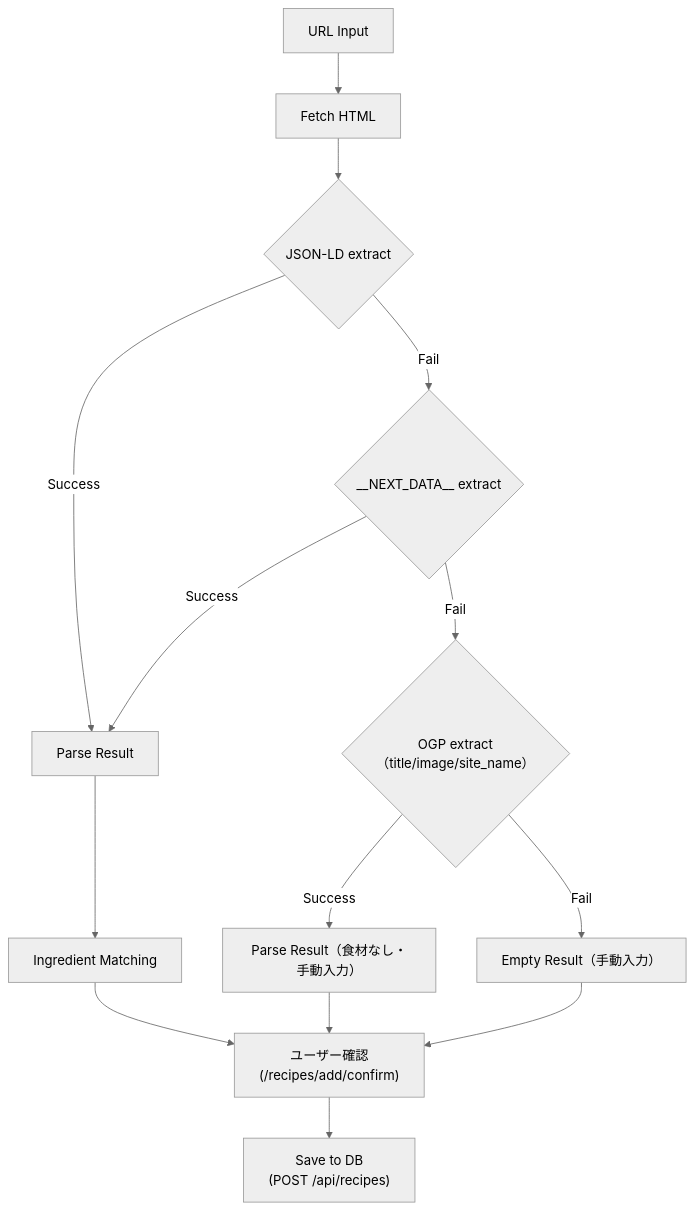
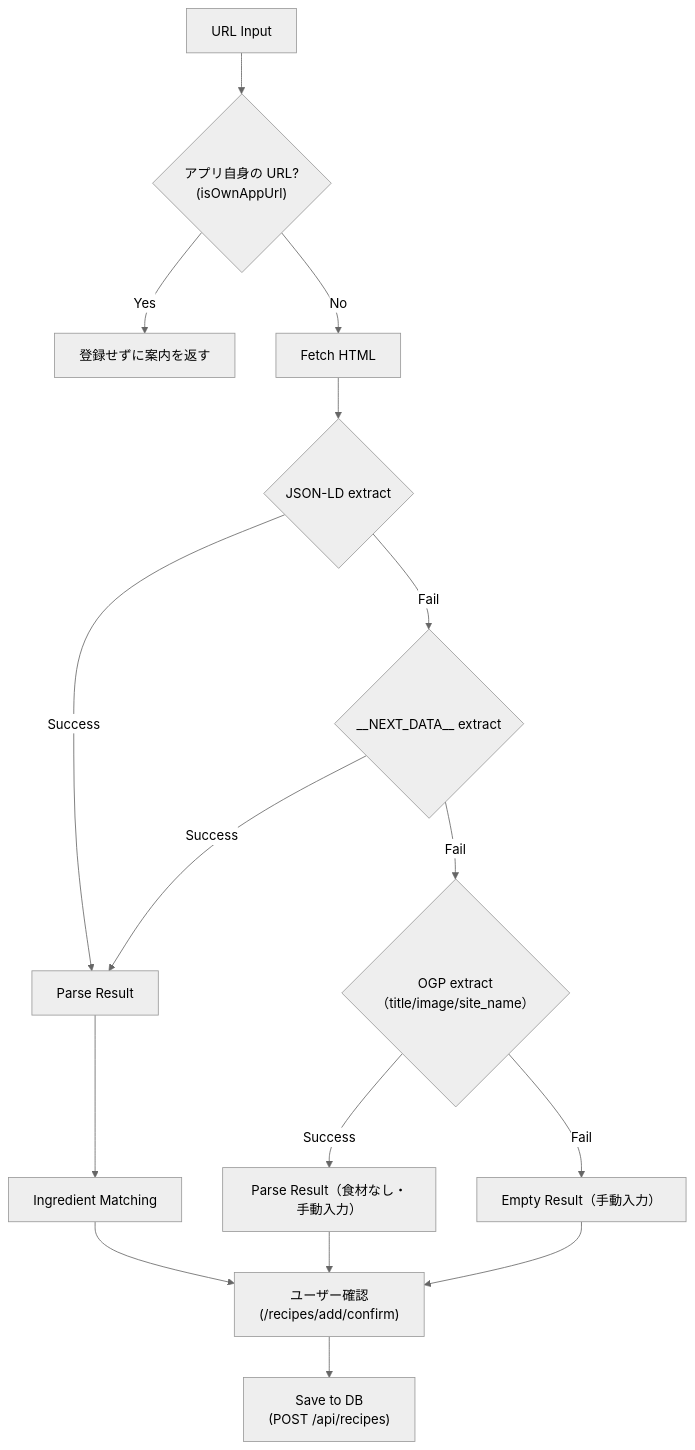
One commit to mktu/recipe-app changed the ninth of 13 diagrams in docs/ARCHITECTURE.md. Above: the diagram before and after it, drawn with Mermaid (neutral theme). The commit also changed other lines of this file and 6 other files, not shown here.

First line of the commit message:
fix: アプリ自身の URL を LINE・Web の登録の入口で断る（Issue #230）

````diff
--- a/docs/ARCHITECTURE.md
+++ b/docs/ARCHITECTURE.md
@@ -546,20 +546,22 @@
 ```mermaid
 graph TB
-    Start["URL Input"] --> Fetch["Fetch HTML"]
+    Start["URL Input"] --> Own{"アプリ自身の URL?\n(isOwnAppUrl)"}
+    Own -->|Yes| Reject["登録せずに案内を返す"]
+    Own -->|No| Fetch["Fetch HTML"]
 
     Fetch --> Strategy1{"JSON-LD extract"}
     Strategy1 -->|Success| Result["Parse Result"]
     Strategy1 -->|Fail| Strategy2{"__NEXT_DATA__ extract"}
 
     Strategy2 -->|Success| Result
     Strategy2 -->|Fail| Strategy3{"OGP extract（title/image/site_name）"}
 
     Strategy3 -->|Success| OgpResult["Parse Result（食材なし・手動入力）"]
     Strategy3 -->|Fail| Empty["Empty Result（手動入力）"]
 
     Result --> Match["Ingredient Matching"]
     OgpResult --> Confirm
     Empty --> Confirm
     Match --> Confirm["ユーザー確認\n(/recipes/add/confirm)"]
     Confirm --> Save["Save to DB\n(POST /api/recipes)"]
 ```
````
